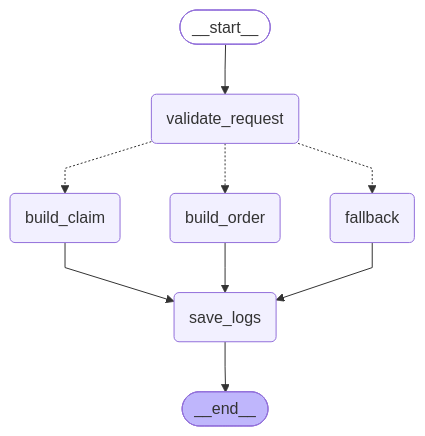
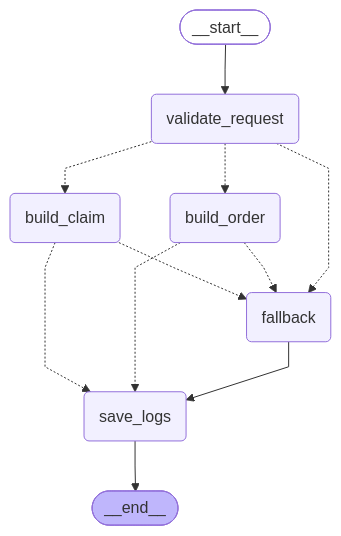
One commit to Noso4ek27/graph_use changed the diagram in GRAPH_SCHEMA.md. Above: the diagram before and after it, drawn with Mermaid. The commit also changed 3 other files, not shown here.

Commit message:
graph update

````diff
--- a/GRAPH_SCHEMA.md
+++ b/GRAPH_SCHEMA.md
@@ -3,27 +3,29 @@
 ```mermaid
 ---
 config:
   flowchart:
     curve: linear
 ---
 graph TD;
 	__start__([<p>__start__</p>]):::first
 	validate_request(validate_request)
 	build_order(build_order)
 	build_claim(build_claim)
 	save_logs(save_logs)
 	fallback(fallback)
 	__end__([<p>__end__</p>]):::last
 	__start__ --> validate_request;
-	build_claim --> save_logs;
-	build_order --> save_logs;
+	build_claim -.-> fallback;
+	build_claim -.-> save_logs;
+	build_order -.-> fallback;
+	build_order -.-> save_logs;
 	fallback --> save_logs;
 	validate_request -.-> build_claim;
 	validate_request -.-> build_order;
 	validate_request -.-> fallback;
 	save_logs --> __end__;
 	classDef default fill:#f2f0ff,line-height:1.2
 	classDef first fill-opacity:0
 	classDef last fill:#bfb6fc
 
 ```
````
